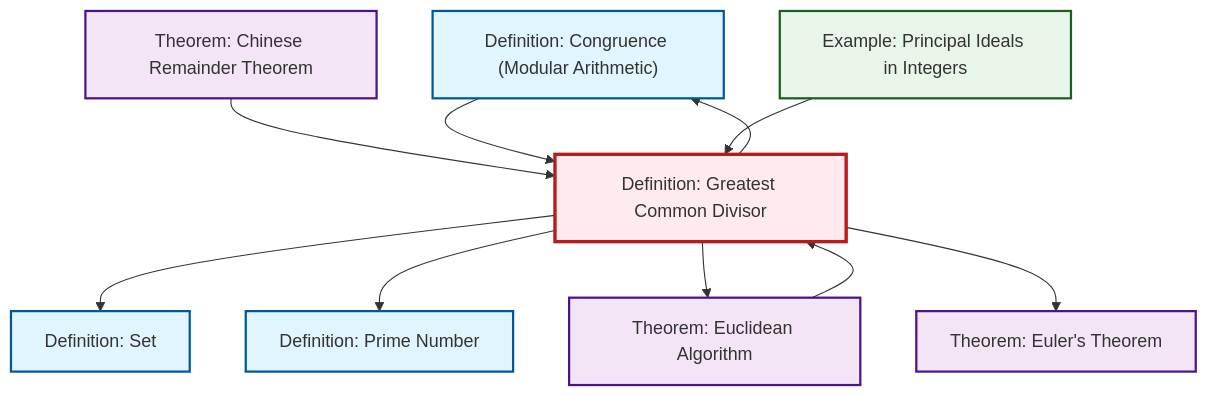
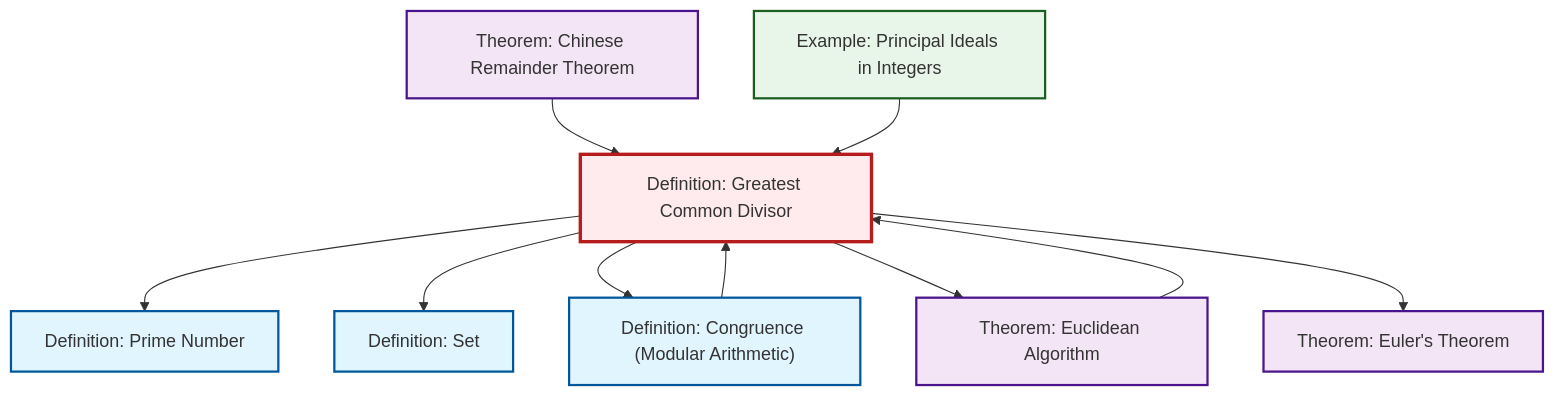
The second of 2 diagrams in content/ja/number-theory/def-gcd.qmd (RK0429/ModernMath), drawn with Mermaid before and after one commit. The commit also changed other lines of this file and 491 other files, not shown here.

````diff
--- a/content/ja/number-theory/def-gcd.qmd
+++ b/content/ja/number-theory/def-gcd.qmd
@@ -85,34 +85,34 @@
 ```{mermaid}
 %%| fig-cap: "Local dependency graph"
 graph TD
     classDef definition fill:#e1f5fe,stroke:#01579b,stroke-width:2px
     classDef theorem fill:#f3e5f5,stroke:#4a148c,stroke-width:2px
     classDef axiom fill:#fff3e0,stroke:#e65100,stroke-width:2px
     classDef example fill:#e8f5e9,stroke:#1b5e20,stroke-width:2px
     classDef current fill:#ffebee,stroke:#b71c1c,stroke-width:3px
-    def-set["Definition: Set"]:::definition
+    def-gcd["Definition: Greatest Common Divisor"]:::definition
     thm-euler["Theorem: Euler's Theorem"]:::theorem
-    def-congruence["Definition: Congruence (Modular Arithmetic)"]:::definition
-    def-gcd["Definition: Greatest Common Divisor"]:::definition
-    thm-chinese-remainder["Theorem: Chinese Remainder Theorem"]:::theorem
+    thm-euclidean-algorithm["Theorem: Euclidean Algorithm"]:::theorem
     ex-principal-ideal["Example: Principal Ideals in Integers"]:::example
     def-prime["Definition: Prime Number"]:::definition
-    thm-euclidean-algorithm["Theorem: Euclidean Algorithm"]:::theorem
+    thm-chinese-remainder["Theorem: Chinese Remainder Theorem"]:::theorem
+    def-set["Definition: Set"]:::definition
+    def-congruence["Definition: Congruence (Modular Arithmetic)"]:::definition
+    def-gcd --> def-prime
     thm-chinese-remainder --> def-gcd
-    def-congruence --> def-gcd
+    thm-euclidean-algorithm --> def-gcd
     ex-principal-ideal --> def-gcd
     def-gcd --> def-set
-    def-gcd --> def-prime
+    def-congruence --> def-gcd
+    def-gcd --> def-congruence
     def-gcd --> thm-euclidean-algorithm
-    thm-euclidean-algorithm --> def-gcd
     def-gcd --> thm-euler
-    def-gcd --> def-congruence
     class def-gcd current
-    click def-set "def-set.html" "Definition: Setへ"
     click thm-euler "thm-euler.html" "Theorem: Euler's Theoremへ"
-    click def-congruence "def-congruence.html" "Definition: Congruence (Modular Arithmetic)へ"
-    click thm-chinese-remainder "thm-chinese-remainder.html" "Theorem: Chinese Remainder Theoremへ"
+    click thm-euclidean-algorithm "thm-euclidean-algorithm.html" "Theorem: Euclidean Algorithmへ"
     click ex-principal-ideal "ex-principal-ideal.html" "Example: Principal Ideals in Integersへ"
     click def-prime "def-prime.html" "Definition: Prime Numberへ"
-    click thm-euclidean-algorithm "thm-euclidean-algorithm.html" "Theorem: Euclidean Algorithmへ"
+    click thm-chinese-remainder "thm-chinese-remainder.html" "Theorem: Chinese Remainder Theoremへ"
+    click def-set "def-set.html" "Definition: Setへ"
+    click def-congruence "def-congruence.html" "Definition: Congruence (Modular Arithmetic)へ"
 ```
````
